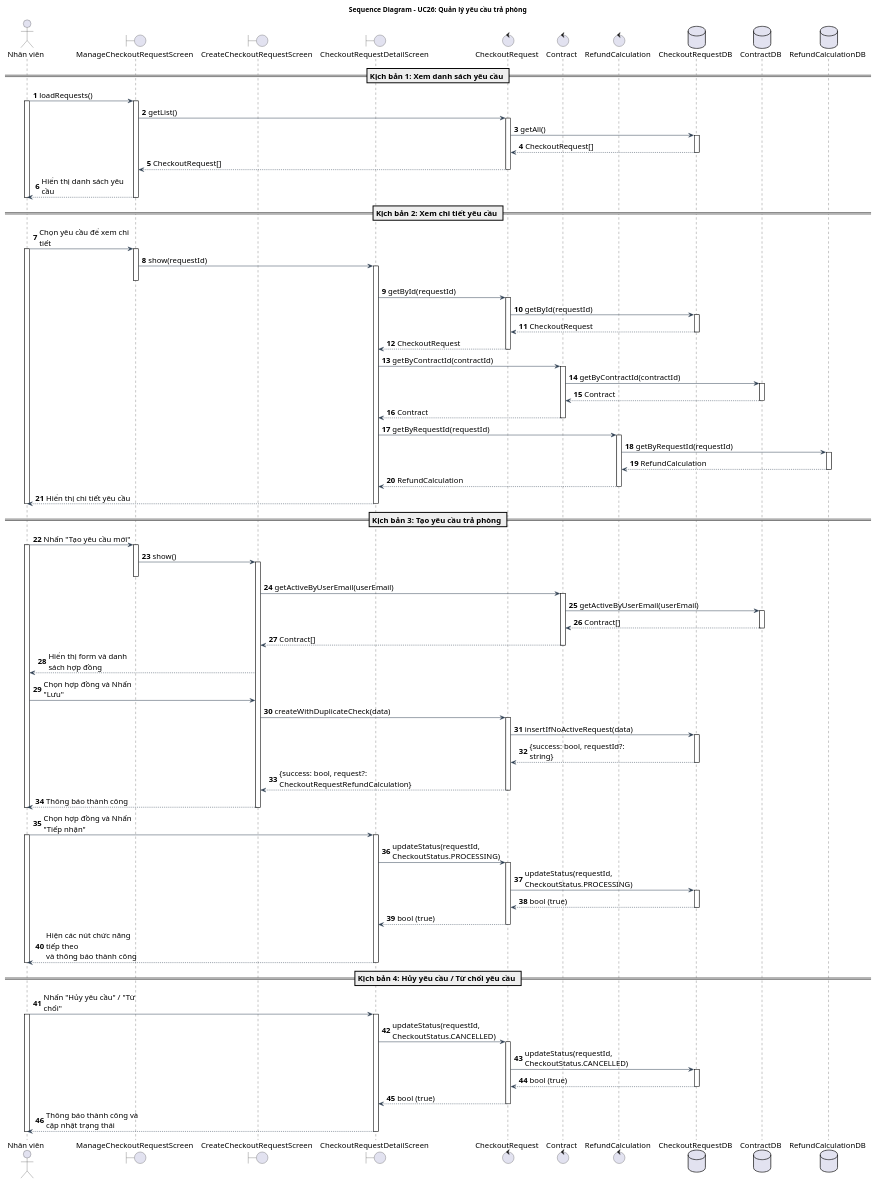
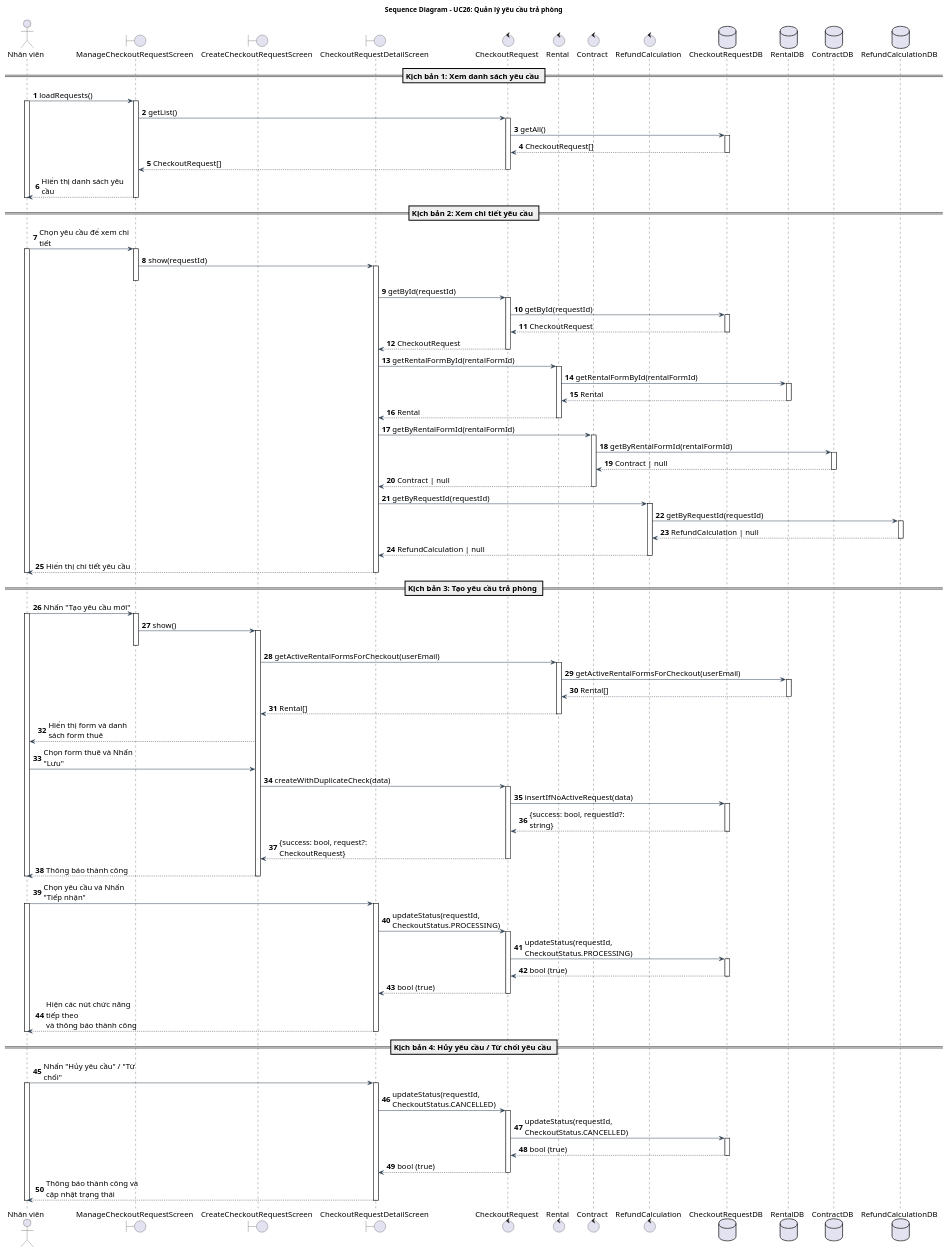
The diagram in doc/system/quan_ly_yeu_cau_tra_phong/QuanLyYeuCauTraPhong_SequenceDiagram.wsd (Gnourt812005/HCMUS-Analyze-and-desgin-IS), drawn with PlantUML before and after one commit. The commit also changed 10 other files, not shown here.

Commit message:
quangdo/diagram: adjusted diagrams to match code

```diff
--- a/doc/system/quan_ly_yeu_cau_tra_phong/QuanLyYeuCauTraPhong_SequenceDiagram.wsd
+++ b/doc/system/quan_ly_yeu_cau_tra_phong/QuanLyYeuCauTraPhong_SequenceDiagram.wsd
@@ -1,149 +1,159 @@
 @startuml QuanLyYeuCauTraPhong_SequenceDiagram
 title Sequence Diagram - UC26: Quản lý yêu cầu trả phòng
 
 skinparam {
     BackgroundColor White
     ArrowColor #2D3E50
     DefaultFontName "Arial"
     DefaultFontSize 16
     ParticipantPadding 15
     MaxMessageSize 200
 }
 
 autonumber
 
 actor "Nhân viên" as nv
 boundary "ManageCheckoutRequestScreen" as guiManage
 boundary "CreateCheckoutRequestScreen" as guiCreate
 boundary "CheckoutRequestDetailScreen" as guiDetail
 control "CheckoutRequest" as reqCtrl
+control "Rental" as rentalCtrl
 control "Contract" as conCtrl
 control "RefundCalculation" as refCtrl
 database "CheckoutRequestDB" as reqDB
+database "RentalDB" as rentalDB
 database "ContractDB" as conDB
 database "RefundCalculationDB" as refDB
 
 == Kịch bản 1: Xem danh sách yêu cầu ==
 nv -> guiManage: loadRequests()
 activate nv
 activate guiManage
 
 guiManage -> reqCtrl: getList()
 activate reqCtrl
 reqCtrl -> reqDB: getAll()
 activate reqDB
 reqDB --> reqCtrl: CheckoutRequest[]
 deactivate reqDB
 reqCtrl --> guiManage: CheckoutRequest[]
 deactivate reqCtrl
 guiManage --> nv: Hiển thị danh sách yêu cầu
 deactivate guiManage
 deactivate nv
 
 == Kịch bản 2: Xem chi tiết yêu cầu ==
 nv -> guiManage: Chọn yêu cầu để xem chi tiết
 activate nv
 activate guiManage
 guiManage -> guiDetail: show(requestId)
 activate guiDetail
 deactivate guiManage
 guiDetail -> reqCtrl: getById(requestId)
 activate reqCtrl
 reqCtrl -> reqDB: getById(requestId)
 activate reqDB
 reqDB --> reqCtrl: CheckoutRequest
 deactivate reqDB
 reqCtrl --> guiDetail: CheckoutRequest
 deactivate reqCtrl
 
-guiDetail -> conCtrl: getByContractId(contractId)
+guiDetail -> rentalCtrl: getRentalFormById(rentalFormId)
+activate rentalCtrl
+rentalCtrl -> rentalDB: getRentalFormById(rentalFormId)
+activate rentalDB
+rentalDB --> rentalCtrl: Rental
+deactivate rentalDB
+rentalCtrl --> guiDetail: Rental
+deactivate rentalCtrl
+
+guiDetail -> conCtrl: getByRentalFormId(rentalFormId)
 activate conCtrl
-conCtrl -> conDB: getByContractId(contractId)
+conCtrl -> conDB: getByRentalFormId(rentalFormId)
 activate conDB
-conDB --> conCtrl: Contract
+conDB --> conCtrl: Contract | null
 deactivate conDB
-conCtrl --> guiDetail: Contract
+conCtrl --> guiDetail: Contract | null
 deactivate conCtrl
 
 guiDetail -> refCtrl: getByRequestId(requestId)
 activate refCtrl
 refCtrl -> refDB: getByRequestId(requestId)
 activate refDB
-refDB --> refCtrl: RefundCalculation 
+refDB --> refCtrl: RefundCalculation | null
 deactivate refDB
-refCtrl --> guiDetail: RefundCalculation
+refCtrl --> guiDetail: RefundCalculation | null
 deactivate refCtrl
 
 guiDetail --> nv: Hiển thị chi tiết yêu cầu
 deactivate guiDetail
 deactivate nv
 
 == Kịch bản 3: Tạo yêu cầu trả phòng ==
 nv -> guiManage: Nhấn "Tạo yêu cầu mới"
 activate nv
 activate guiManage
 guiManage -> guiCreate: show()
 activate guiCreate
 deactivate guiManage
 
-guiCreate -> conCtrl: getActiveByUserEmail(userEmail)
-activate conCtrl
-conCtrl -> conDB: getActiveByUserEmail(userEmail)
-activate conDB
-conDB --> conCtrl: Contract[]
-deactivate conDB
-conCtrl --> guiCreate: Contract[]
-deactivate conCtrl
+guiCreate -> rentalCtrl: getActiveRentalFormsForCheckout(userEmail)
+activate rentalCtrl
+rentalCtrl -> rentalDB: getActiveRentalFormsForCheckout(userEmail)
+activate rentalDB
+rentalDB --> rentalCtrl: Rental[]
+deactivate rentalDB
+rentalCtrl --> guiCreate: Rental[]
+deactivate rentalCtrl
 
-guiCreate --> nv: Hiển thị form và danh sách hợp đồng
+guiCreate --> nv: Hiển thị form và danh sách form thuê
 
-nv -> guiCreate: Chọn hợp đồng và Nhấn "Lưu"
+nv -> guiCreate: Chọn form thuê và Nhấn "Lưu"
 guiCreate -> reqCtrl: createWithDuplicateCheck(data)
 activate reqCtrl
 reqCtrl -> reqDB: insertIfNoActiveRequest(data)
 activate reqDB
 reqDB --> reqCtrl: {success: bool, requestId?: string}
 deactivate reqDB
-reqCtrl --> guiCreate: {success: bool, request?: CheckoutRequestRefundCalculation}
+reqCtrl --> guiCreate: {success: bool, request?: CheckoutRequest}
 deactivate reqCtrl
 
 guiCreate --> nv: Thông báo thành công
 deactivate guiCreate
-deactivate guiCreate
 deactivate nv
 
-nv -> guiDetail: Chọn hợp đồng và Nhấn "Tiếp nhận"
+nv -> guiDetail: Chọn yêu cầu và Nhấn "Tiếp nhận"
 activate guiDetail
 activate nv
 
 guiDetail -> reqCtrl: updateStatus(requestId, CheckoutStatus.PROCESSING)
 activate reqCtrl
 reqCtrl -> reqDB: updateStatus(requestId, CheckoutStatus.PROCESSING)
 activate reqDB
 reqDB --> reqCtrl: bool (true)
 deactivate reqDB
 reqCtrl --> guiDetail: bool (true)
 deactivate reqCtrl
 
 guiDetail --> nv: Hiện các nút chức năng tiếp theo\nvà thông báo thành công
 deactivate guiDetail
 deactivate nv
 
 == Kịch bản 4: Hủy yêu cầu / Từ chối yêu cầu ==
 nv -> guiDetail: Nhấn "Hủy yêu cầu" / "Từ chối"
 activate guiDetail
 activate nv
 guiDetail -> reqCtrl: updateStatus(requestId, CheckoutStatus.CANCELLED)
 activate reqCtrl
 reqCtrl -> reqDB: updateStatus(requestId, CheckoutStatus.CANCELLED)
 activate reqDB
 reqDB --> reqCtrl: bool (true)
 deactivate reqDB
 reqCtrl --> guiDetail: bool (true)
 deactivate reqCtrl
 
 guiDetail --> nv: Thông báo thành công và cập nhật trạng thái
 deactivate guiDetail
 deactivate nv
 
 @enduml
```
